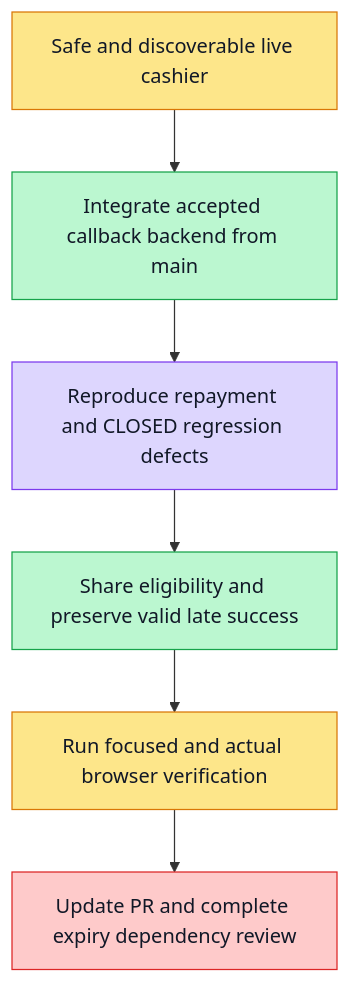
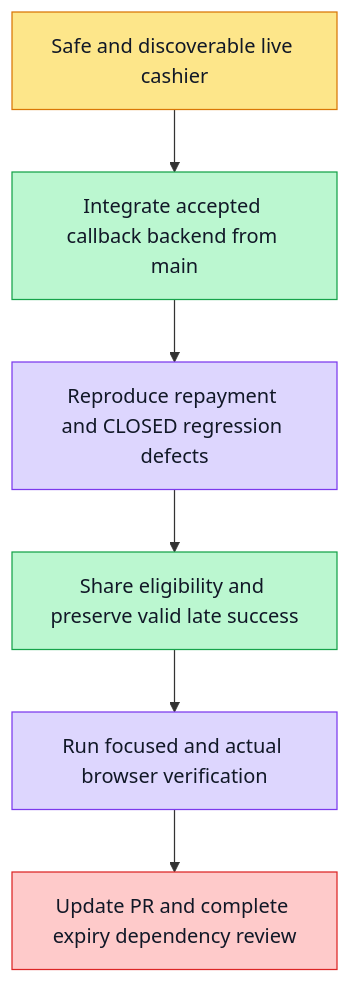
Before and after one commit to boardx/workspacex: the diagram in phases/phase-21-billing-payment/sprints/sprint-06/plans/F06.plan.md, drawn with Mermaid. The commit also changed 15 other files, not shown here.

````diff
--- a/phases/phase-21-billing-payment/sprints/sprint-06/plans/F06.plan.md
+++ b/phases/phase-21-billing-payment/sprints/sprint-06/plans/F06.plan.md
@@ -11,23 +11,24 @@
 ```mermaid
 flowchart TD
   G[Safe and discoverable live cashier]
   S1[Integrate accepted callback backend from main]
   S2[Reproduce repayment and CLOSED regression defects]
   S3[Share eligibility and preserve valid late success]
   S4[Run focused and actual browser verification]
   S5[Update PR and complete expiry dependency review]
   G --> S1 --> S2 --> S3 --> S4 --> S5
   classDef todo fill:#e5e7eb,stroke:#6b7280,color:#111827
   classDef doing fill:#fde68a,stroke:#d97706,color:#111827
   classDef done fill:#bbf7d0,stroke:#16a34a,color:#111827
   classDef tested fill:#ddd6fe,stroke:#7c3aed,color:#111827
   classDef blocked fill:#fecaca,stroke:#dc2626,color:#111827
   class G doing
   class S1 done
   class S2 tested
   %% evidence S2: evidence/F06.manual-ui-red.log -7fail25pass; evidence/F06.manual-ui-green.log -32pass
   class S3 done
-  class S4 doing
+  class S4 tested
+  %% evidence S4: source837ed6d43:39UI + realaccountmenu/paymentglue1, Web/APItype/lint/OSS0; see evidence/F06.manual-verification-receipt.json. Expiry chain remains pending.
   class S5 blocked
   %% blocked S5: F07 formal verification hit independent baseline failure; requires diagnostic PR5799 and real expiry/regeneration acceptance
 ```
````
